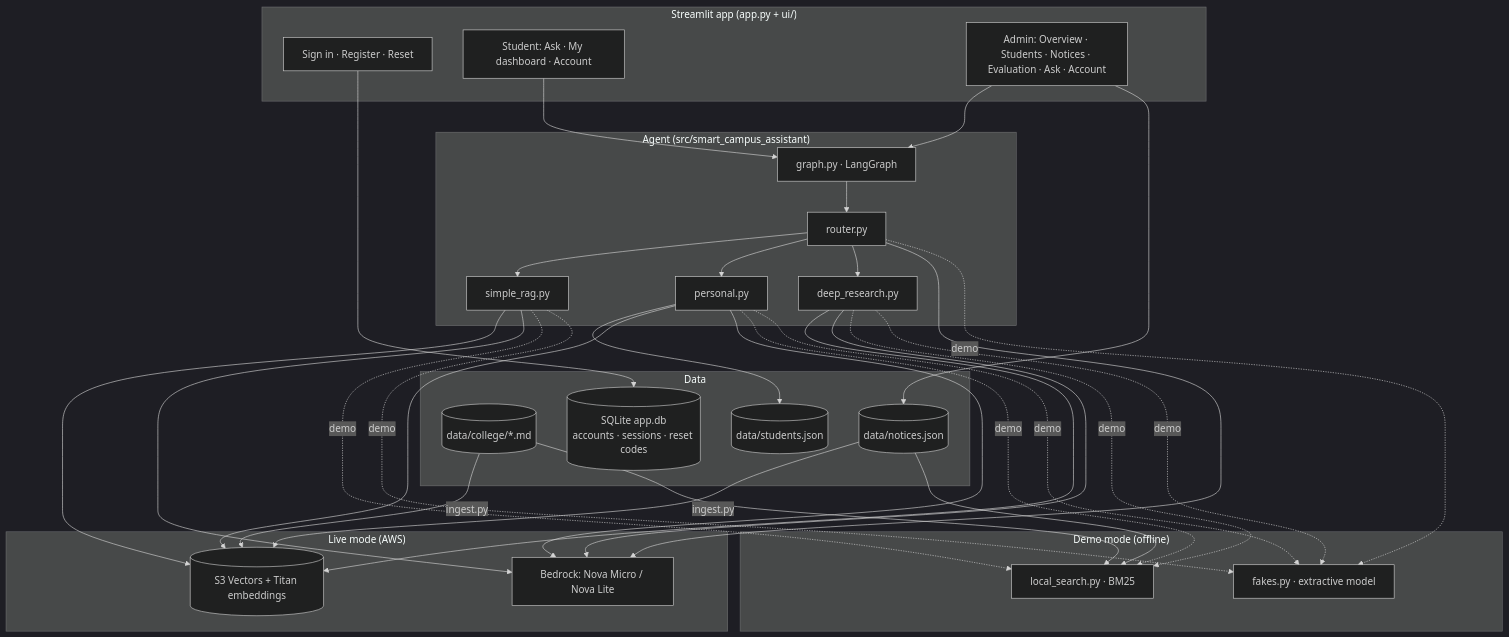
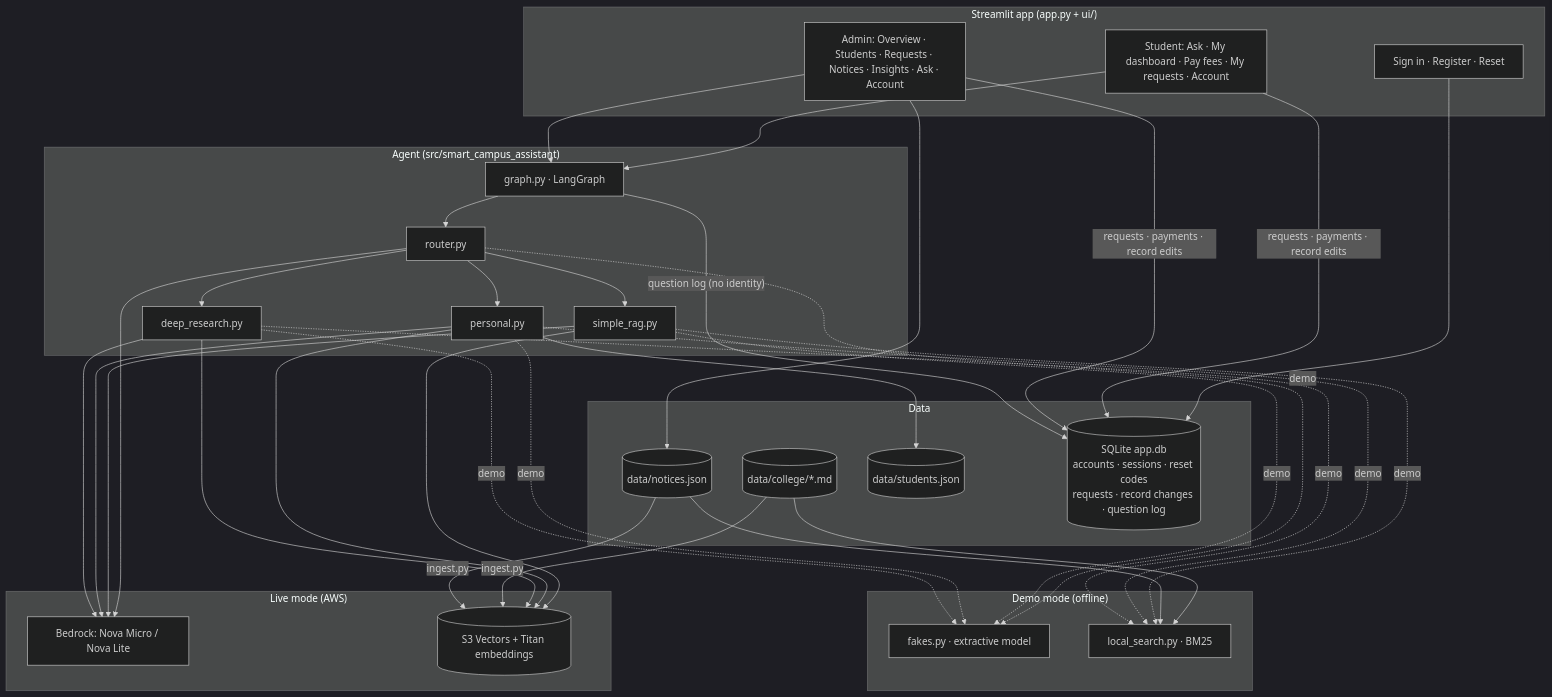
The first of 2 diagrams in README.md (musaddiq-vd/smart-campus-assistant), drawn with Mermaid (dark theme) before and after one commit. The commit also changed other lines of this file and 13 other files, not shown here.

````diff
--- a/README.md
+++ b/README.md
@@ -78,45 +107,47 @@
 ```mermaid
 flowchart TB
     subgraph UI ["Streamlit app (app.py + ui/)"]
         LG["Sign in · Register · Reset"]
-        ST["Student: Ask · My dashboard · Account"]
-        AD["Admin: Overview · Students · Notices · Evaluation · Ask · Account"]
+        ST["Student: Ask · My dashboard · Pay fees · My requests · Account"]
+        AD["Admin: Overview · Students · Requests · Notices · Insights · Ask · Account"]
     end
 
     subgraph CORE ["Agent (src/smart_campus_assistant)"]
         G["graph.py · LangGraph"]
         R["router.py"]
         S["simple_rag.py"]
         P["personal.py"]
         D["deep_research.py"]
         G --> R --> S & P & D
     end
 
     subgraph DATA ["Data"]
         DOCS[("data/college/*.md")]
         NOT[("data/notices.json")]
         STU[("data/students.json")]
-        DB[("SQLite app.db<br/>accounts · sessions · reset codes")]
+        DB[("SQLite app.db<br/>accounts · sessions · reset codes<br/>requests · record changes · question log")]
     end
 
     subgraph LIVE ["Live mode (AWS)"]
         BR["Bedrock: Nova Micro / Nova Lite"]
         VEC[("S3 Vectors + Titan embeddings")]
     end
 
     subgraph DEMO ["Demo mode (offline)"]
         FK["fakes.py · extractive model"]
         LS["local_search.py · BM25"]
     end
 
     LG --> DB
     ST & AD --> G
+    ST & AD -- "requests · payments · record edits" --> DB
+    G -- "question log (no identity)" --> DB
     AD --> NOT
     P --> STU
     S & P & D --> VEC
     R & S & P & D --> BR
     DOCS & NOT -- ingest.py --> VEC
     DOCS & NOT --> LS
     S & P & D -. demo .-> LS
     R & S & P & D -. demo .-> FK
 ```
````
